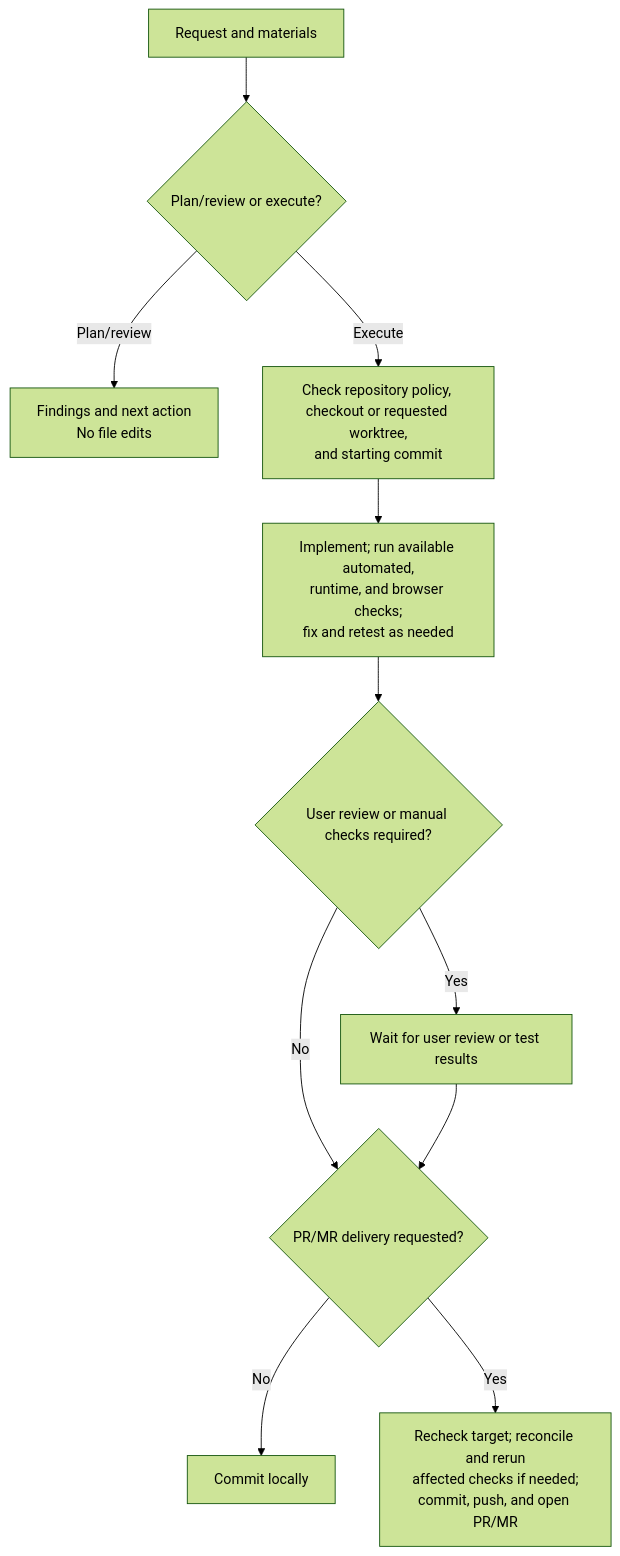
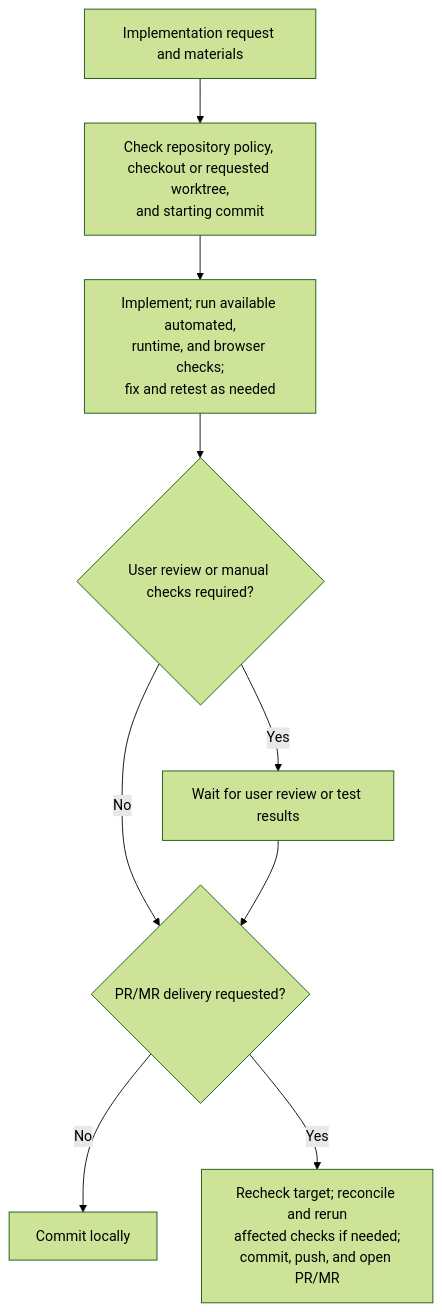
The second of 2 diagrams in README.md (sherrilla71940/dotfiles), drawn with Mermaid (forest theme) before and after one commit. The commit also changed other lines of this file and 4 other files, not shown here.

````diff
--- a/README.md
+++ b/README.md
@@ -51,13 +51,11 @@
 ```mermaid
 flowchart TB
-    request["Request and materials"] --> route{"Plan/review or execute?"}
-    route -->|Plan/review| findings["Findings and next action<br/>No file edits"]
-    route -->|Execute| workspace["Check repository policy, checkout or requested worktree,<br/>and starting commit"]
+    request["Implementation request and materials"] --> workspace["Check repository policy, checkout or requested worktree,<br/>and starting commit"]
     workspace --> work["Implement; run available automated,<br/>runtime, and browser checks;<br/>fix and retest as needed"]
     work --> gate{"User review or manual checks required?"}
     gate -->|Yes| user["Wait for user review or test results"]
     gate -->|No| delivery{"PR/MR delivery requested?"}
     user --> delivery
     delivery -->|No| local["Commit locally"]
     delivery -->|Yes| publish["Recheck target; reconcile and rerun<br/>affected checks if needed;<br/>commit, push, and open PR/MR"]
 ```
````
